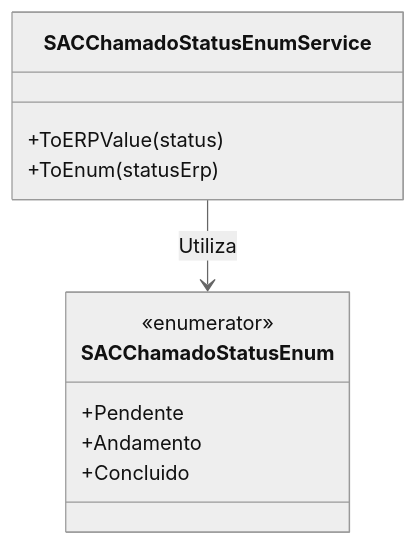
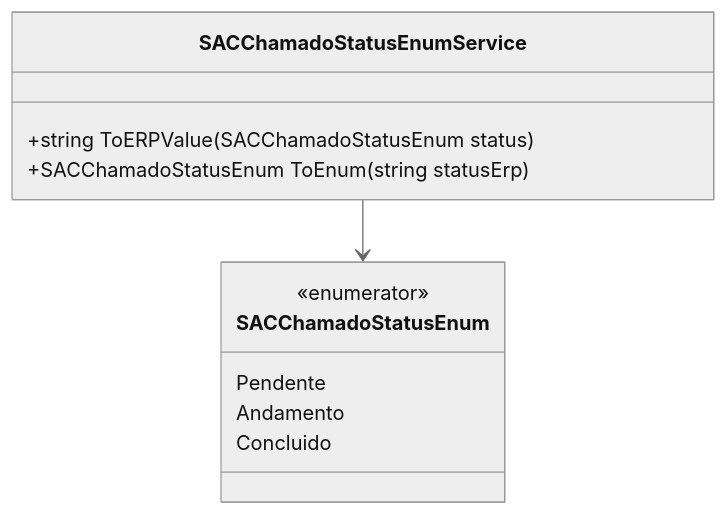
Before and after one commit to IsthmusSistemas/documentacao-tecnica: the third of 3 diagrams in docs/b2b-dominio/IsthmusWinthor.Nucleo/IsthmusWinthor.Dominio/Enumeradores/SACChamadoStatusEnum.md, drawn with Mermaid (neutral theme). The commit also changed other lines of this file and 882 other files, not shown here.

````diff
--- a/docs/b2b-dominio/IsthmusWinthor.Nucleo/IsthmusWinthor.Dominio/Enumeradores/SACChamadoStatusEnum.md
+++ b/docs/b2b-dominio/IsthmusWinthor.Nucleo/IsthmusWinthor.Dominio/Enumeradores/SACChamadoStatusEnum.md
@@ -42,16 +67,14 @@
 ```mermaid
 classDiagram
+    class SACChamadoStatusEnumService {
+        +string ToERPValue(SACChamadoStatusEnum status)
+        +SACChamadoStatusEnum ToEnum(string statusErp)
+    }
     class SACChamadoStatusEnum {
         <<enumerator>>
-        +Pendente
-        +Andamento
-        +Concluido
+        Pendente
+        Andamento
+        Concluido
     }
-
-    class SACChamadoStatusEnumService {
-        +ToERPValue(status)
-        +ToEnum(statusErp)
-    }
-
-    SACChamadoStatusEnumService --> SACChamadoStatusEnum : Utiliza
-``` 
+    SACChamadoStatusEnumService --> SACChamadoStatusEnum
+```
````
